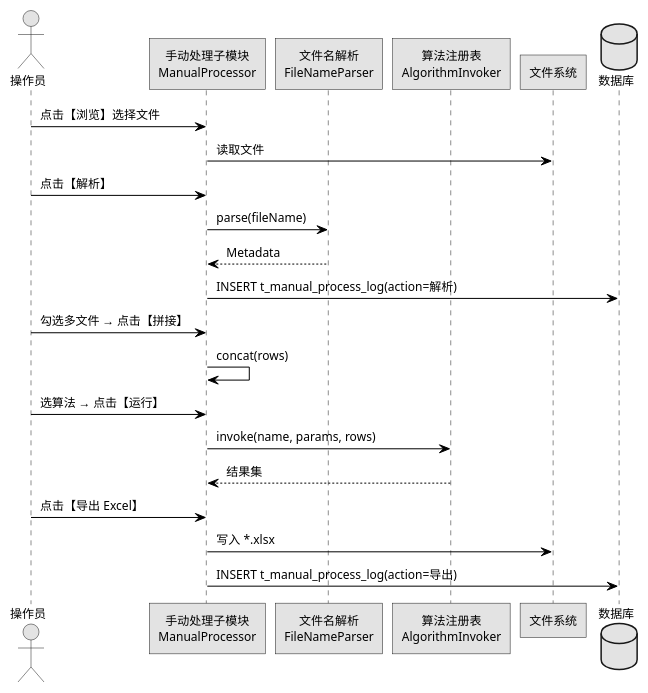
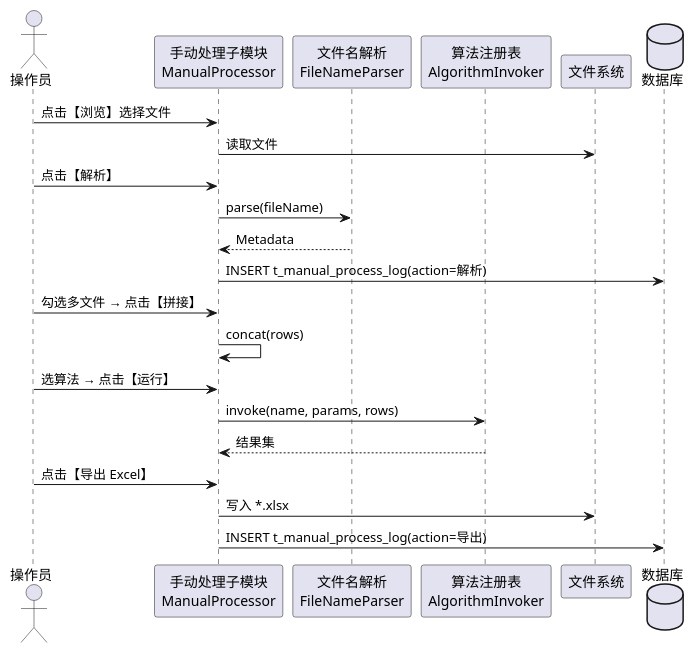
Before and after one commit to cppshooter/cursor: the third of 4 diagrams in 方案/03-功能模块详细设计/3.2-数据处理模块.md, drawn with PlantUML. The commit also changed other lines of this file and 4 other files, not shown here.

````diff
--- a/方案/03-功能模块详细设计/3.2-数据处理模块.md
+++ b/方案/03-功能模块详细设计/3.2-数据处理模块.md
@@ -492,36 +487,25 @@
 ```plantuml
 @startuml
-skinparam monochrome true
-skinparam shadowing false
-skinparam backgroundColor #FFFFFF
-skinparam DefaultFontName "Microsoft YaHei"
-skinparam DefaultFontSize 12
-skinparam roundCorner 0
-skinparam ArrowColor #000000
-skinparam ArrowThickness 1
-skinparam Padding 2
-
-
 actor 操作员 as Op
 participant "手动处理子模块\nManualProcessor" as Man
 participant "文件名解析\nFileNameParser" as Parser
 participant "算法注册表\nAlgorithmInvoker" as Algo
 participant "文件系统" as FS
 database 数据库 as DB
 
 Op -> Man : 点击【浏览】选择文件
 Man -> FS : 读取文件
 Op -> Man : 点击【解析】
 Man -> Parser : parse(fileName)
 Parser --> Man : Metadata
 Man -> DB : INSERT t_manual_process_log(action=解析)
 Op -> Man : 勾选多文件 → 点击【拼接】
 Man -> Man : concat(rows)
 Op -> Man : 选算法 → 点击【运行】
 Man -> Algo : invoke(name, params, rows)
 Algo --> Man : 结果集
 Op -> Man : 点击【导出 Excel】
 Man -> FS : 写入 *.xlsx
 Man -> DB : INSERT t_manual_process_log(action=导出)
 @enduml
 ```
````
